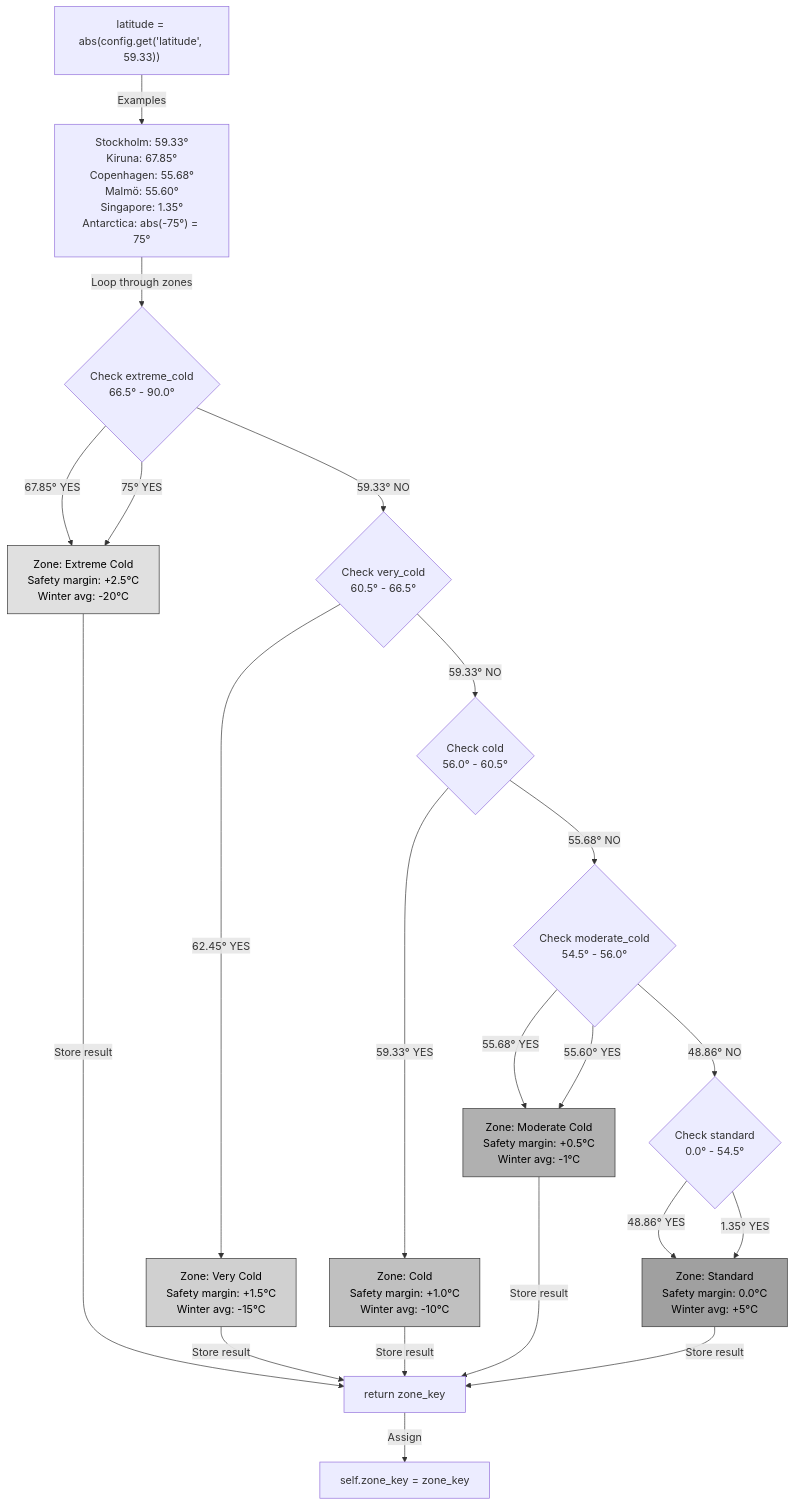
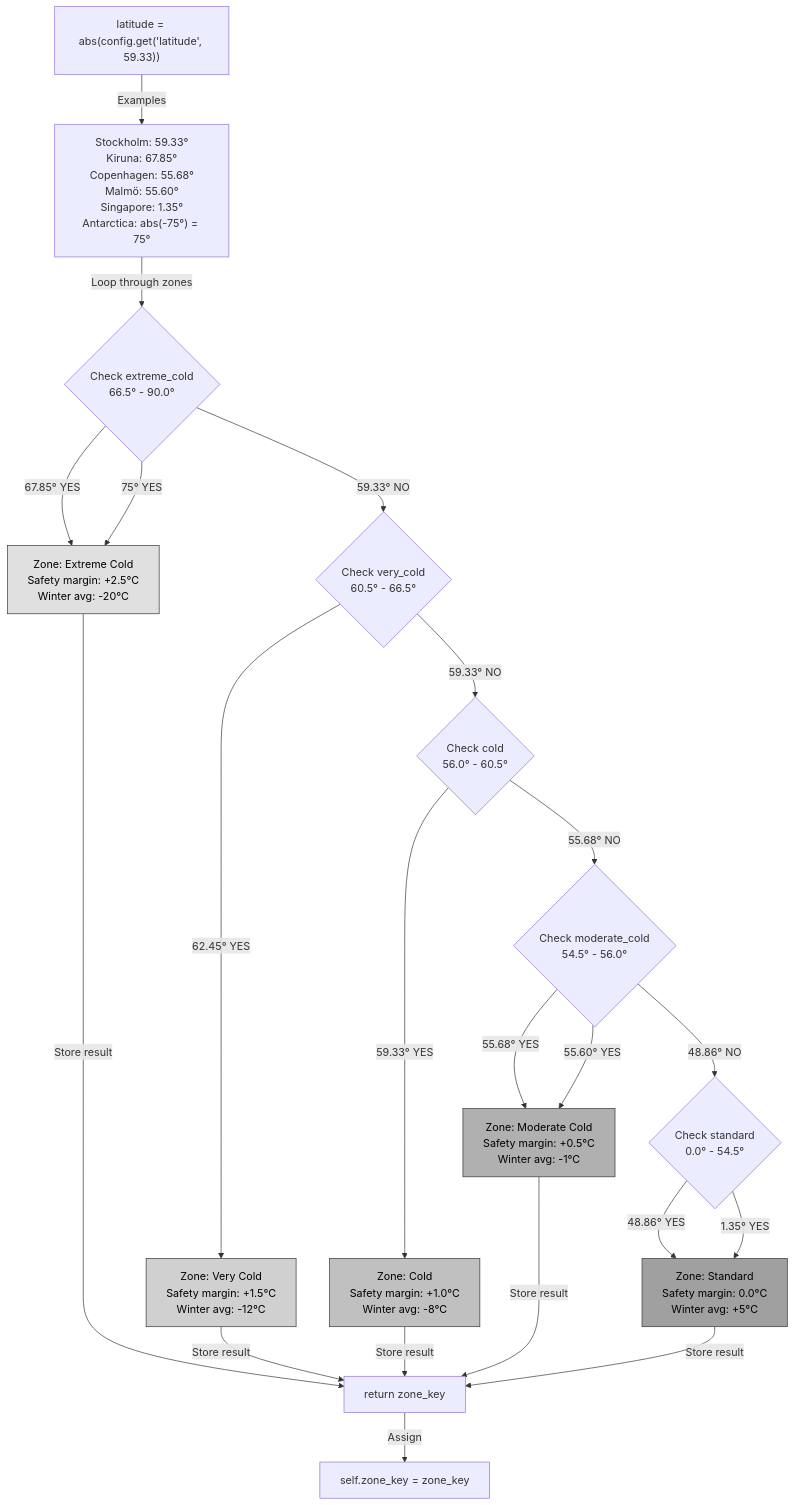
Before and after one commit to enoch85/EffektGuard: the second of 5 diagrams in docs/architecture/10_adaptive_climate_zones.md, drawn with Mermaid. The commit also changed other lines of this file and 6 other files, not shown here.

````diff
--- a/docs/architecture/10_adaptive_climate_zones.md
+++ b/docs/architecture/10_adaptive_climate_zones.md
@@ -64,33 +64,33 @@
 ```mermaid
 flowchart TD
     A["latitude = abs(config.get('latitude', 59.33))"] -->|Examples| B["Stockholm: 59.33°<br/>Kiruna: 67.85°<br/>Copenhagen: 55.68°<br/>Malmö: 55.60°<br/>Singapore: 1.35°<br/>Antarctica: abs(-75°) = 75°"]
     
     B -->|Loop through zones| C{Check extreme_cold<br/>66.5° - 90.0°}
     
     C -->|67.85° YES| D1["Zone: Extreme Cold<br/>Safety margin: +2.5°C<br/>Winter avg: -20°C"]
     C -->|75° YES| D1
     C -->|59.33° NO| E{Check very_cold<br/>60.5° - 66.5°}
     
-    E -->|62.45° YES| D2["Zone: Very Cold<br/>Safety margin: +1.5°C<br/>Winter avg: -15°C"]
+    E -->|62.45° YES| D2["Zone: Very Cold<br/>Safety margin: +1.5°C<br/>Winter avg: -12°C"]
     E -->|59.33° NO| F{Check cold<br/>56.0° - 60.5°}
     
-    F -->|59.33° YES| D3["Zone: Cold<br/>Safety margin: +1.0°C<br/>Winter avg: -10°C"]
+    F -->|59.33° YES| D3["Zone: Cold<br/>Safety margin: +1.0°C<br/>Winter avg: -8°C"]
     F -->|55.68° NO| G{Check moderate_cold<br/>54.5° - 56.0°}
     
     G -->|55.68° YES| D4["Zone: Moderate Cold<br/>Safety margin: +0.5°C<br/>Winter avg: -1°C"]
     G -->|55.60° YES| D4
     G -->|48.86° NO| H{Check standard<br/>0.0° - 54.5°}
     
     H -->|48.86° YES| D5["Zone: Standard<br/>Safety margin: 0.0°C<br/>Winter avg: +5°C"]
     H -->|1.35° YES| D5
     
     D1 & D2 & D3 & D4 & D5 -->|Store result| K["return zone_key"]
     
     K -->|Assign| L["self.zone_key = zone_key"]
     
     style D1 fill:#e0e0e0,stroke:#333,color:#000
     style D2 fill:#d0d0d0,stroke:#333,color:#000
     style D3 fill:#c0c0c0,stroke:#333,color:#000
     style D4 fill:#b0b0b0,stroke:#333,color:#000
     style D5 fill:#a0a0a0,stroke:#333,color:#000
 ```
````
